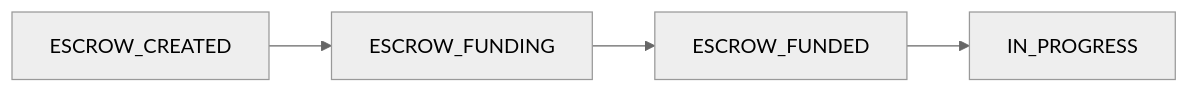
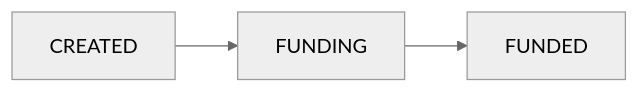
The second of 7 diagrams in content/docs/guide/escrow-flows.mdx (OFFER-HUB/offer-hub-monorepo), drawn with Mermaid (neutral theme) before and after one commit. The commit also changed other lines of this file and 9 other files, not shown here.

First line of the commit message:
docs: unify order and escrow state machine diagrams across guides

````diff
--- a/content/docs/guide/escrow-flows.mdx
+++ b/content/docs/guide/escrow-flows.mdx
@@ -88,6 +98,5 @@
 ```mermaid
 flowchart LR
-    A[ESCROW_CREATED] --> B[ESCROW_FUNDING]
-    B --> C[ESCROW_FUNDED]
-    C --> D[IN_PROGRESS]
+    A[CREATED] --> B[FUNDING]
+    B --> C[FUNDED]
 ```
````
